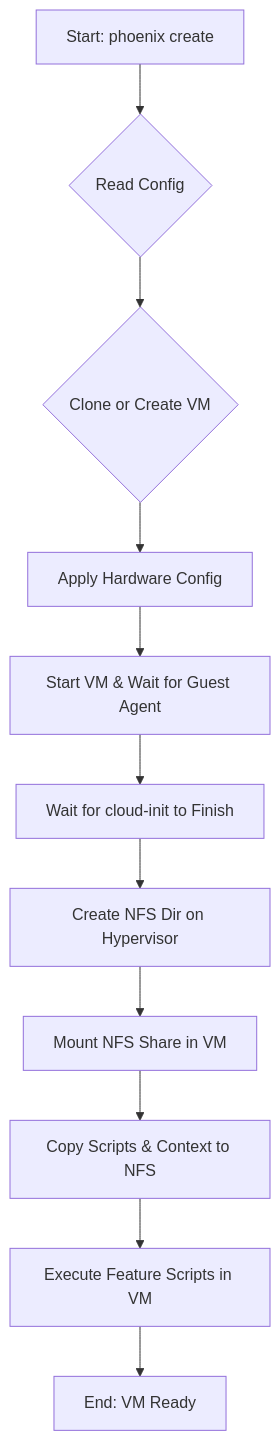
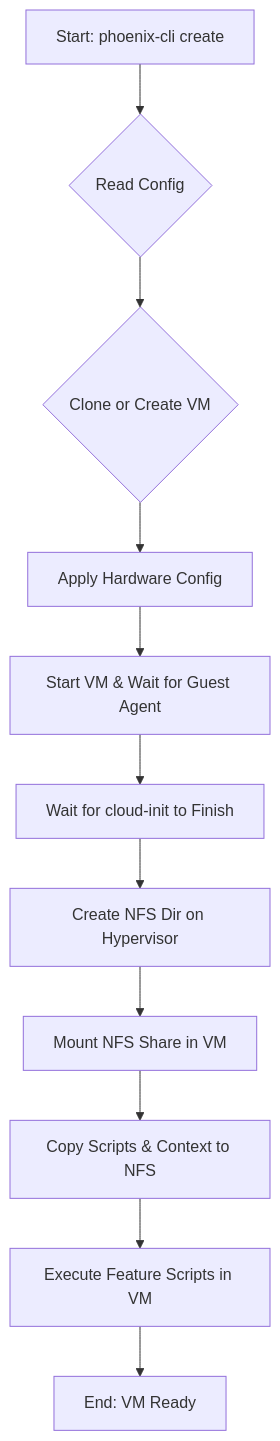
Before and after one commit to SirHeads/Testing-ideas: the diagram in Thinkheads.AI_docs/03_phoenix_hypervisor_implementation/00_guides/15_vm_creation_guide.md, drawn with Mermaid. The commit also changed other lines of this file and 13 other files, not shown here.

Commit message:
phoenix-cli and docs

````diff
--- a/Thinkheads.AI_docs/03_phoenix_hypervisor_implementation/00_guides/15_vm_creation_guide.md
+++ b/Thinkheads.AI_docs/03_phoenix_hypervisor_implementation/00_guides/15_vm_creation_guide.md
@@ -96,13 +96,13 @@
 ```mermaid
 graph TD
-    A[Start: phoenix create <VM_ID>] --> B{Read Config};
+    A[Start: phoenix-cli create <VM_ID>] --> B{Read Config};
     B --> C{Clone or Create VM};
     C --> D[Apply Hardware Config];
     D --> E[Start VM & Wait for Guest Agent];
     E --> F[Wait for cloud-init to Finish];
     F --> G[Create NFS Dir on Hypervisor];
     G --> H[Mount NFS Share in VM];
     H --> I[Copy Scripts & Context to NFS];
     I --> J[Execute Feature Scripts in VM];
     J --> K[End: VM Ready];
 ```
````
